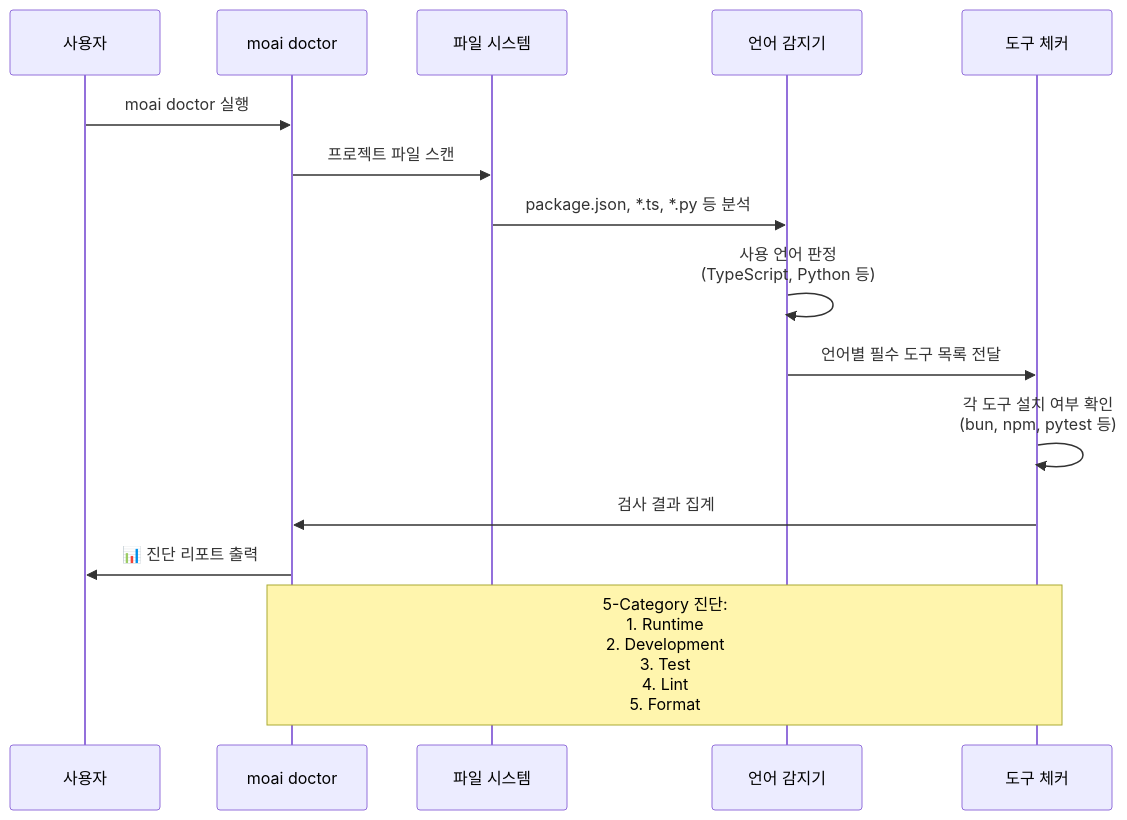
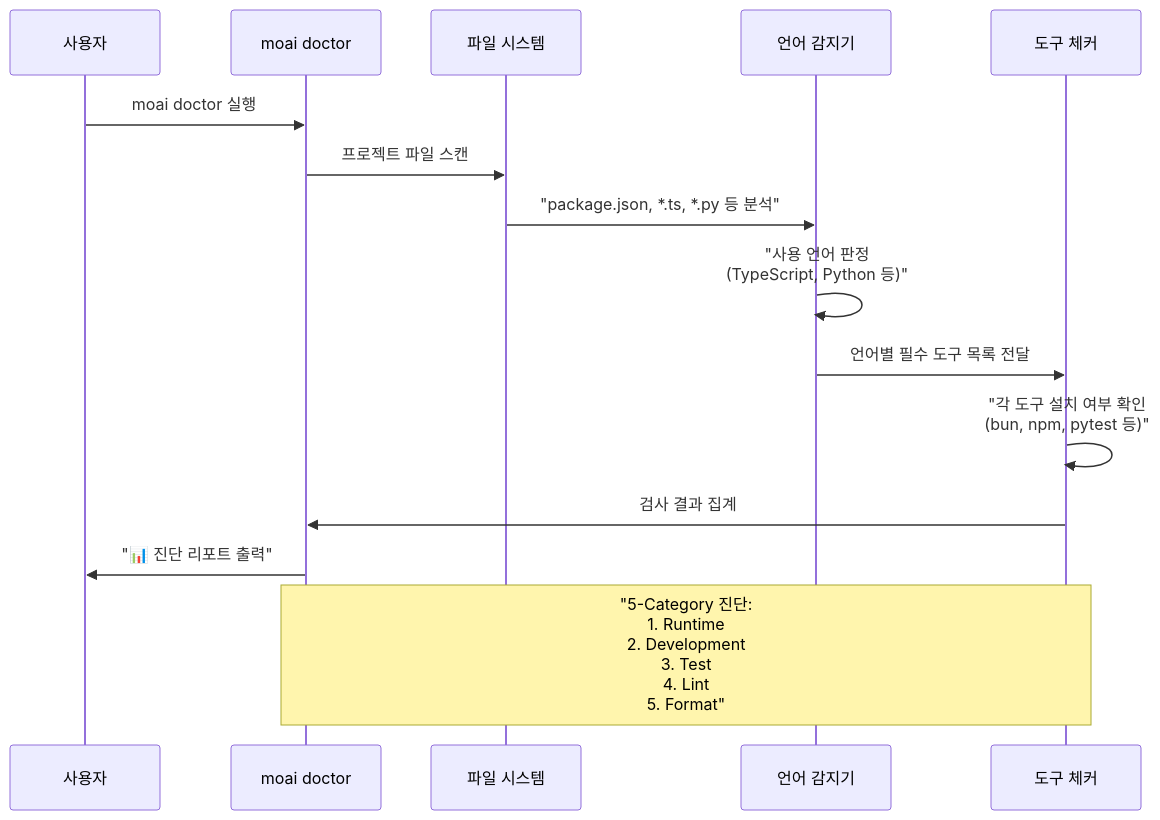
One commit to modu-ai/moai-adk changed the second of 2 diagrams in docs/getting-started/installation.md. Above: the diagram before and after it, drawn with Mermaid. The commit also changed 19 other files, not shown here.

First line of the commit message:
🎨 fix: docs 전체 Mermaid 다이어그램 특수문자 오류 수정 (19개 파일)

````diff
--- a/docs/getting-started/installation.md
+++ b/docs/getting-started/installation.md
@@ -79,19 +79,19 @@
 ```mermaid
 sequenceDiagram
     participant U as 사용자
     participant D as moai doctor
     participant F as 파일 시스템
     participant L as 언어 감지기
     participant C as 도구 체커
 
     U->>D: moai doctor 실행
     D->>F: 프로젝트 파일 스캔
-    F->>L: package.json, *.ts, *.py 등 분석
-    L->>L: 사용 언어 판정<br/>(TypeScript, Python 등)
+    F->>L: "package.json, *.ts, *.py 등 분석"
+    L->>L: "사용 언어 판정<br/>(TypeScript, Python 등)"
     L->>C: 언어별 필수 도구 목록 전달
-    C->>C: 각 도구 설치 여부 확인<br/>(bun, npm, pytest 등)
+    C->>C: "각 도구 설치 여부 확인<br/>(bun, npm, pytest 등)"
     C->>D: 검사 결과 집계
-    D->>U: 📊 진단 리포트 출력
+    D->>U: "📊 진단 리포트 출력"
 
-    Note over D,C: 5-Category 진단:<br/>1. Runtime<br/>2. Development<br/>3. Test<br/>4. Lint<br/>5. Format
+    Note over D,C: "5-Category 진단:<br/>1. Runtime<br/>2. Development<br/>3. Test<br/>4. Lint<br/>5. Format"
 ```
````
